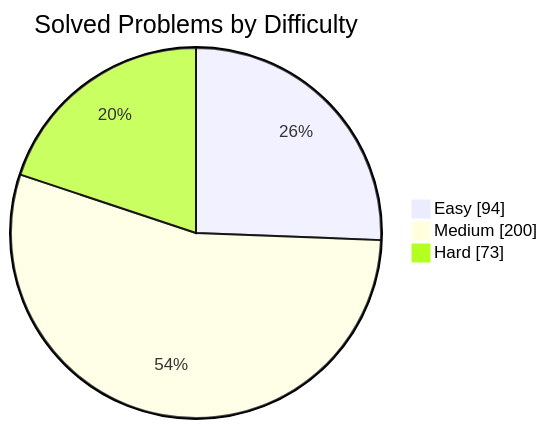
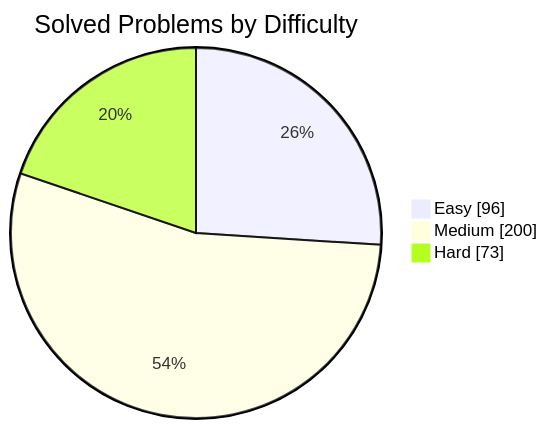
The first of 2 diagrams in README.md (manikantbindass/DSA-Preparation-FAANG), drawn with Mermaid before and after one commit. The commit also changed other lines of this file and 2 other files, not shown here.

````diff
--- a/README.md
+++ b/README.md
@@ -77,7 +77,7 @@
 ```mermaid
 pie showData
     title Solved Problems by Difficulty
-    "Easy" : 94
+    "Easy" : 96
     "Medium" : 200
     "Hard" : 73
 ```
````
